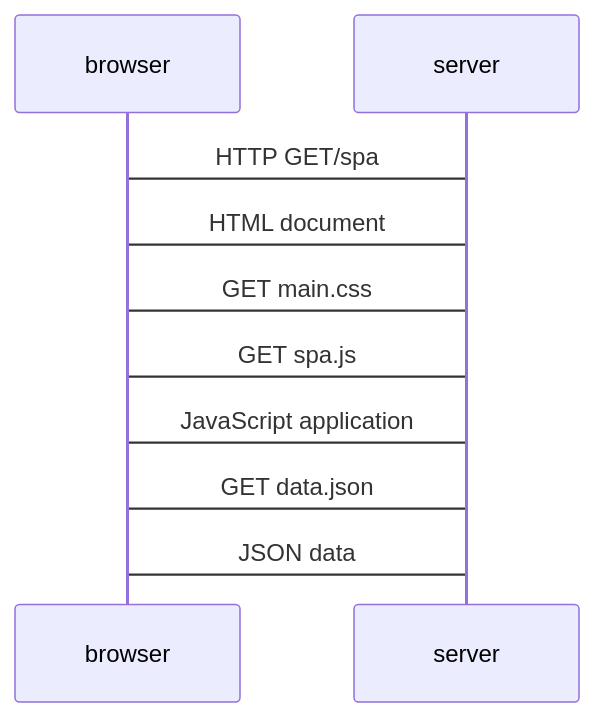
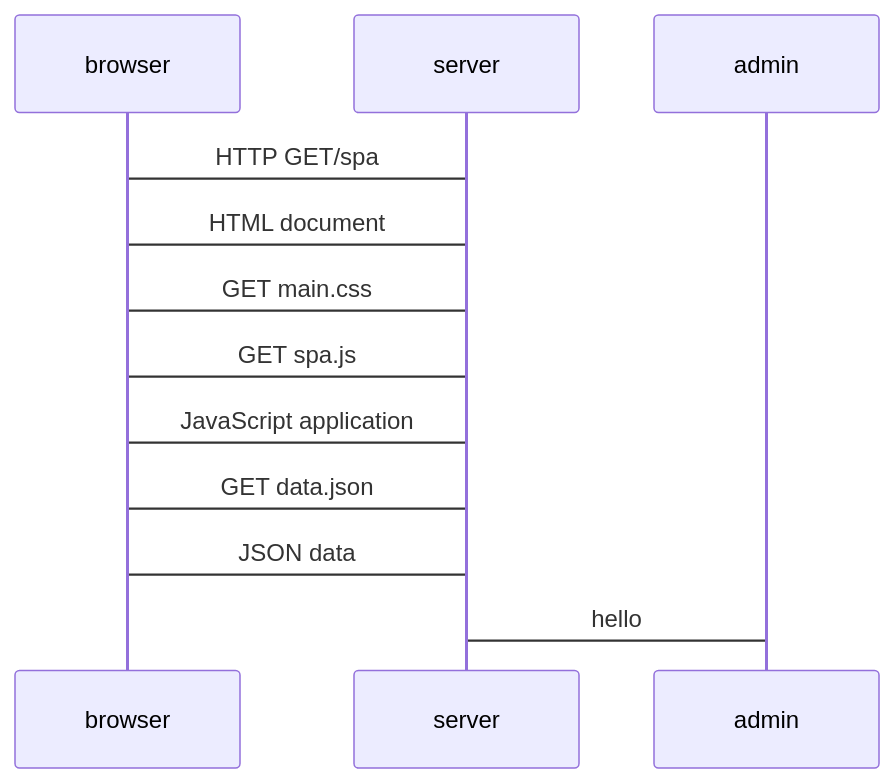
One commit to mohammedshanu1661/lab changed the diagram in part 0/0.5.md. Above: the diagram before and after it, drawn with Mermaid.

````diff
--- a/part 0/0.5.md
+++ b/part 0/0.5.md
@@ -1,12 +1,14 @@
 ```mermaid
 sequenceDiagram
 participant browser
 participant server
+participant admin
 browser -> server:HTTP GET/spa
 server -> browser:HTML document
 browser -> server:GET main.css
 browser -> server:GET spa.js
 server -> browser:JavaScript application
 browser -> server:GET data.json
 server -> browser:JSON data
+admin -> server: hello
 ```
````
